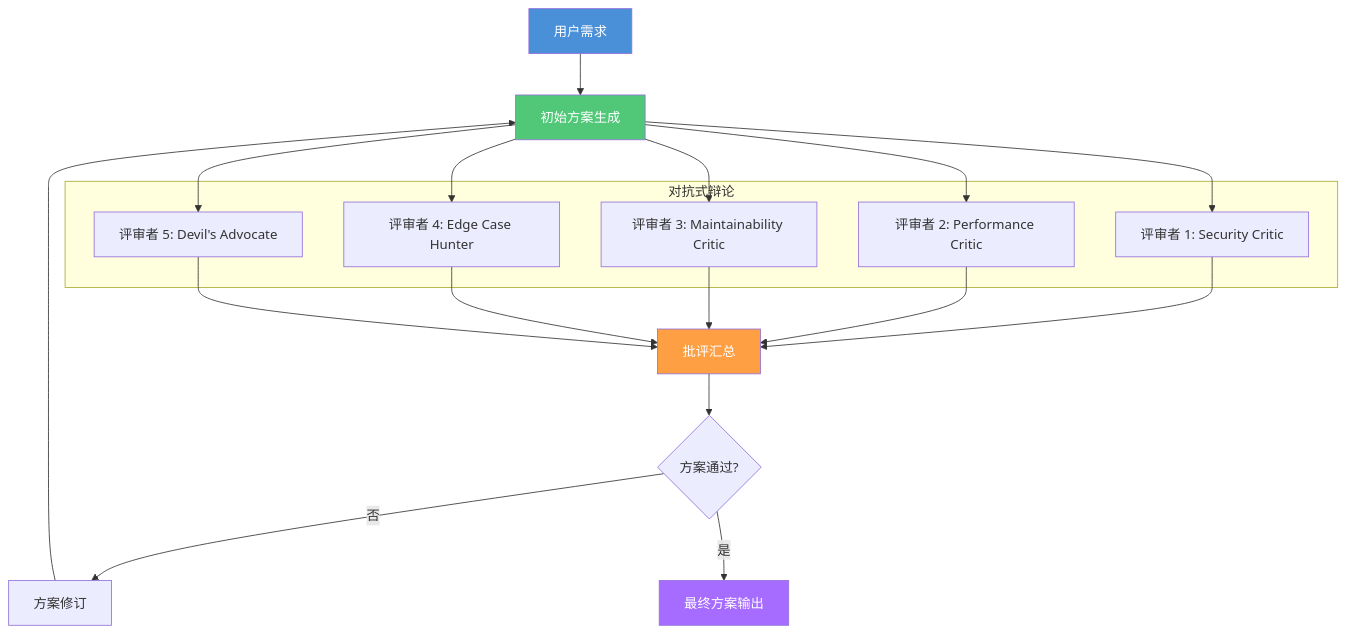
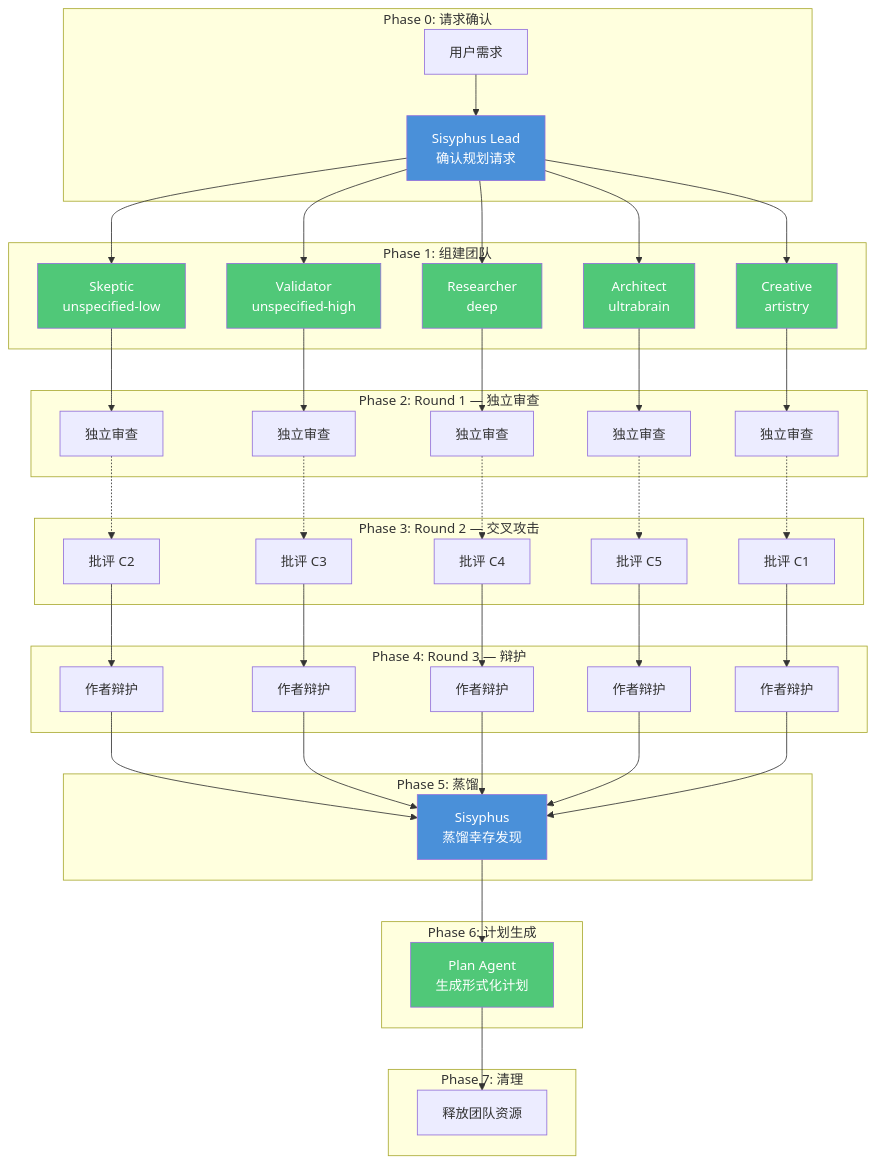
The third of 5 diagrams in src/04-workflows/custom-workflows.md (tonydeng/harness-engineering-from-oc-to-ai-coding), drawn with Mermaid before and after one commit. The commit also changed other lines of this file and 331 other files, not shown here.

````diff
--- a/src/04-workflows/custom-workflows.md
+++ b/src/04-workflows/custom-workflows.md
@@ -594,33 +615,63 @@
 ```mermaid
 flowchart TB
-    A[用户需求] --> B[初始方案生成]
-    B --> C[评审者 1: Security Critic]
-    B --> D[评审者 2: Performance Critic]
-    B --> E[评审者 3: Maintainability Critic]
-    B --> F[评审者 4: Edge Case Hunter]
-    B --> G[评审者 5: Devil's Advocate]
+    subgraph Phase0[Phase 0: 请求确认]
+        A0[用户需求] --> A[Sisyphus Lead<br/>确认规划请求]
+    end
 
-    C --> H[批评汇总]
-    D --> H
-    E --> H
-    F --> H
-    G --> H
+    subgraph Phase1[Phase 1: 组建团队]
+        A --> B1[Skeptic<br/>unspecified-low]
+        A --> B2[Validator<br/>unspecified-high]
+        A --> B3[Researcher<br/>deep]
+        A --> B4[Architect<br/>ultrabrain]
+        A --> B5[Creative<br/>artistry]
+    end
 
-    H --> I{方案通过?}
-    I -->|否| J[方案修订]
-    J --> B
-    I -->|是| K[最终方案输出]
+    subgraph Phase2[Phase 2: Round 1 — 独立审查]
+        B1 --> C1[独立审查]
+        B2 --> C2[独立审查]
+        B3 --> C3[独立审查]
+        B4 --> C4[独立审查]
+        B5 --> C5[独立审查]
+    end
 
-    subgraph 对抗式辩论
-        C
-        D
-        E
-        F
-        G
+    subgraph Phase3[Phase 3: Round 2 — 交叉攻击]
+        C1 -.-> D1[批评 C2]
+        C2 -.-> D2[批评 C3]
+        C3 -.-> D3[批评 C4]
+        C4 -.-> D4[批评 C5]
+        C5 -.-> D5[批评 C1]
+    end
+
+    subgraph Phase4[Phase 4: Round 3 — 辩护]
+        D1 --> E1[作者辩护]
+        D2 --> E2[作者辩护]
+        D3 --> E3[作者辩护]
+        D4 --> E4[作者辩护]
+        D5 --> E5[作者辩护]
+    end
+
+    subgraph Phase5[Phase 5: 蒸馏]
+        E1 --> F[Sisyphus<br/>蒸馏幸存发现]
+        E2 --> F
+        E3 --> F
+        E4 --> F
+        E5 --> F
+    end
+
+    subgraph Phase6[Phase 6: 计划生成]
+        F --> G[Plan Agent<br/>生成形式化计划]
+    end
+
+    subgraph Phase7[Phase 7: 清理]
+        G --> H[释放团队资源]
     end
 
     style A fill:#4A90D9,color:#fff
-    style B fill:#50C878,color:#fff
-    style H fill:#FF9F43,color:#fff
-    style K fill:#A66CFF,color:#fff
+    style B1 fill:#50C878,color:#fff
+    style B2 fill:#50C878,color:#fff
+    style B3 fill:#50C878,color:#fff
+    style B4 fill:#50C878,color:#fff
+    style B5 fill:#50C878,color:#fff
+    style F fill:#4A90D9,color:#fff
+    style G fill:#50C878,color:#fff
 ```
````
